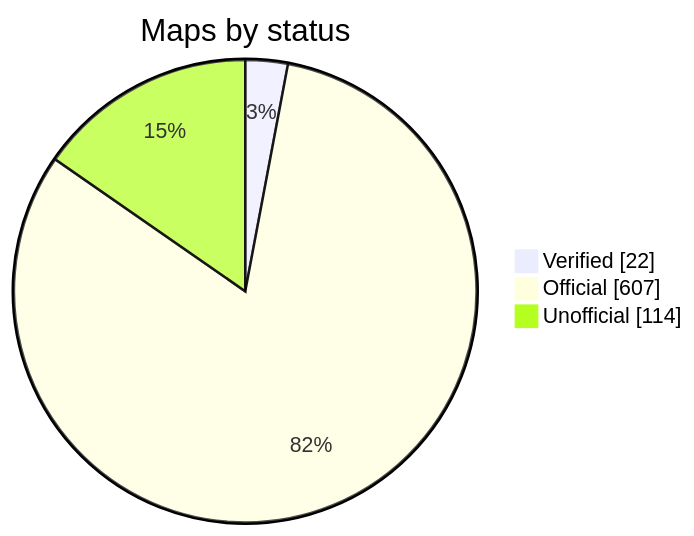
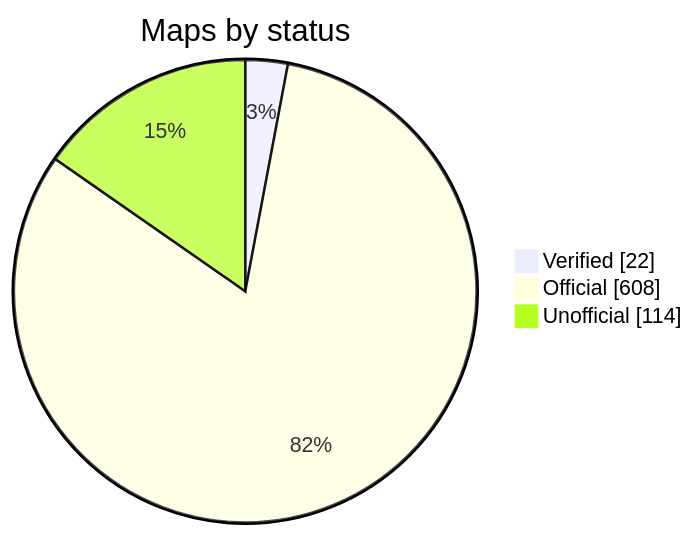
One commit to nobrega8/mbmap-library changed the diagram in README.md. Above: the diagram before and after it, drawn with Mermaid. The commit also changed 6 other files, not shown here.

````diff
--- a/README.md
+++ b/README.md
@@ -52,7 +52,7 @@
 ```mermaid
 pie showData
     title Maps by status
     "Verified" : 22
-    "Official" : 607
+    "Official" : 608
     "Unofficial" : 114
 ```
````
